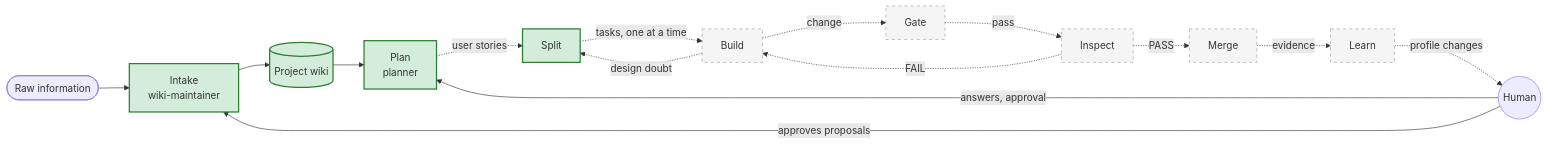
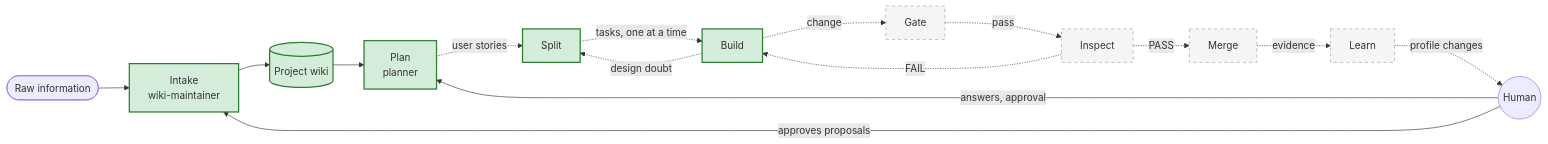
One commit to juancrfig/ergon changed the diagram in docs/factory.md. Above: the diagram before and after it, drawn with Mermaid. The commit also changed other lines of this file and 13 other files, not shown here.

Commit message:
Build node: builder carries out Split's tasks in order, code checks changed files and commits per task on plan/<id>

````diff
--- a/docs/factory.md
+++ b/docs/factory.md
@@ -8,22 +8,22 @@
 ```mermaid
 flowchart LR
     raw([Raw information]) --> intake
     intake[Intake<br/>wiki-maintainer] --> wiki[(Project wiki)]
     wiki --> plan
     human((Human)) -- answers, approval --> plan
     plan[Plan<br/>planner] -. user stories .-> split[Split]
     split -. tasks, one at a time .-> build[Build]
     build -. design doubt .-> split
     build -. change .-> gate[Gate]
     gate -. pass .-> inspect[Inspect]
     inspect -. PASS .-> merge[Merge]
     inspect -. FAIL .-> build
     merge -. evidence .-> learn[Learn]
     learn -. profile changes .-> human
     human -- approves proposals --> intake
 
     classDef built fill:#d4edda,stroke:#2e7d32,stroke-width:2px;
     classDef todo fill:#f5f5f5,stroke:#9e9e9e,stroke-dasharray:5 5;
-    class intake,wiki,plan,split built;
-    class build,gate,inspect,merge,learn todo;
+    class intake,wiki,plan,split,build built;
+    class gate,inspect,merge,learn todo;
 ```
````
